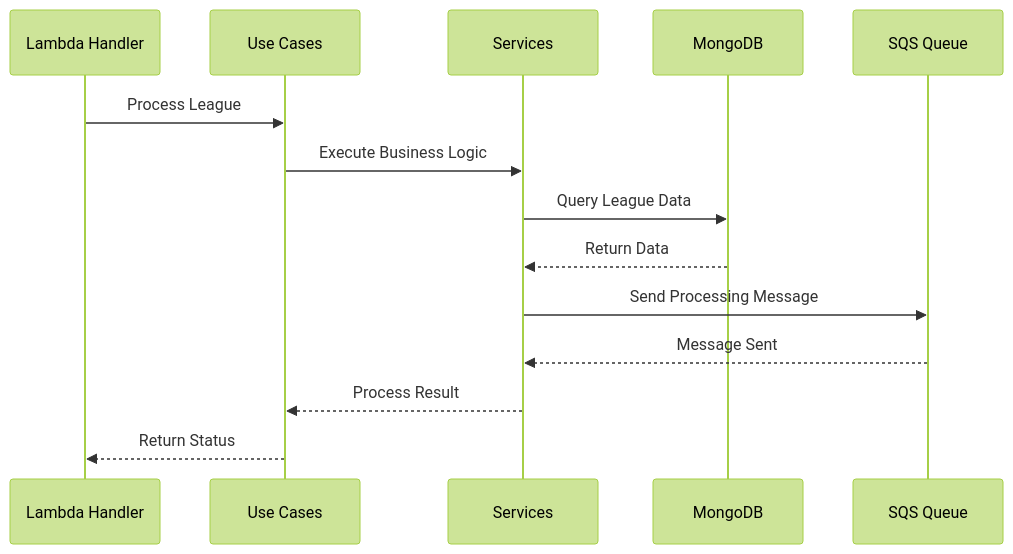
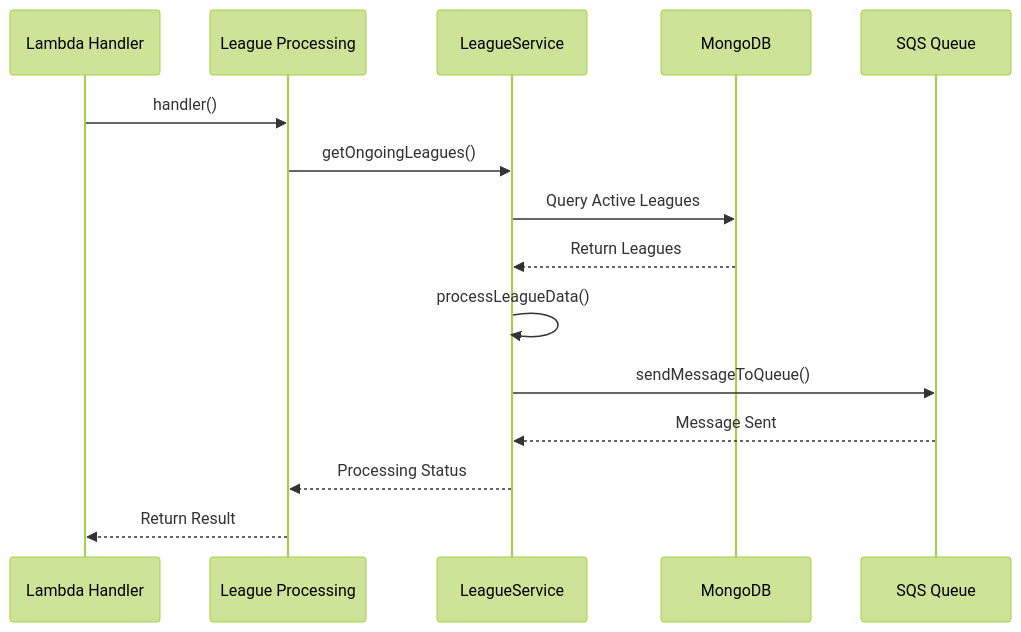
One commit to marcosmoraes/craque-league-process-ranking-scheduler changed the second of 2 diagrams in docs/01-architecture.md. Above: the diagram before and after it, drawn with Mermaid (forest theme).

Commit message:
docs: update sequence diagram with actual function names

````diff
--- a/docs/01-architecture.md
+++ b/docs/01-architecture.md
@@ -40,17 +40,18 @@
 ```mermaid
 sequenceDiagram
     participant LH as Lambda Handler
-    participant UC as Use Cases
-    participant SV as Services
+    participant UC as League Processing
+    participant SV as LeagueService
     participant DB as MongoDB
     participant Q as SQS Queue
     
-    LH->>UC: Process League
-    UC->>SV: Execute Business Logic
-    SV->>DB: Query League Data
-    DB-->>SV: Return Data
-    SV->>Q: Send Processing Message
+    LH->>UC: handler()
+    UC->>SV: getOngoingLeagues()
+    SV->>DB: Query Active Leagues
+    DB-->>SV: Return Leagues
+    SV->>SV: processLeagueData()
+    SV->>Q: sendMessageToQueue()
     Q-->>SV: Message Sent
-    SV-->>UC: Process Result
-    UC-->>LH: Return Status
+    SV-->>UC: Processing Status
+    UC-->>LH: Return Result
 ```
````
